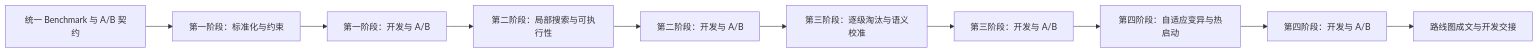
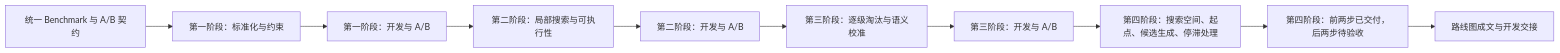
Before and after one commit to liuli195/Wow-Addons: the diagram in myspec/changes/sim2gse-search-optimization/spec.md, drawn with Mermaid. The commit also changed other lines of this file and 3 other files, not shown here.

Commit message:
docs: 对齐第四阶段长期地图与已交付进度

````diff
--- a/myspec/changes/sim2gse-search-optimization/spec.md
+++ b/myspec/changes/sim2gse-search-optimization/spec.md
@@ -83,15 +100,15 @@
 ```mermaid
 flowchart LR
     B["统一 Benchmark 与 A/B 契约"]
     C["第一阶段：标准化与约束"]
     CI["第一阶段：开发与 A/B"]
     L["第二阶段：局部搜索与可执行性"]
     LI["第二阶段：开发与 A/B"]
     H["第三阶段：逐级淘汰与语义校准"]
     HI["第三阶段：开发与 A/B"]
-    A["第四阶段：自适应变异与热启动"]
-    AI["第四阶段：开发与 A/B"]
+    A["第四阶段：搜索空间、起点、候选生成、停滞处理"]
+    AI["第四阶段：前两步已交付，后两步待验收"]
     D["路线图成文与开发交接"]
 
     B --> C --> CI --> L --> LI --> H --> HI --> A --> AI --> D
 ```
````
